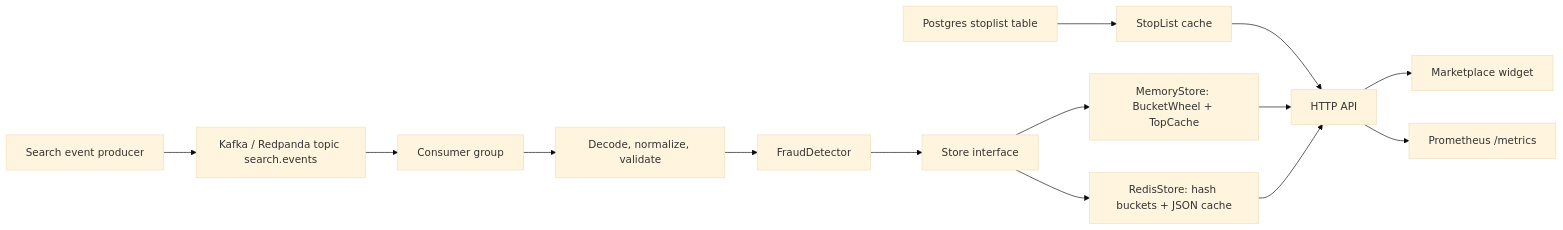
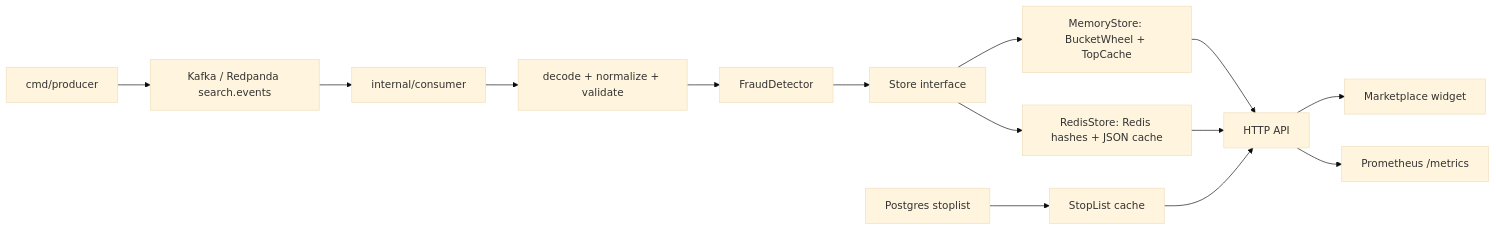
Before and after one commit to Sneypsleep90/trending-top-service: the diagram in README.md, drawn with Mermaid (base theme). The commit also changed other lines of this file, not shown here.

````diff
--- a/README.md
+++ b/README.md
@@ -28,16 +28,16 @@
 ```mermaid
 flowchart LR
-    Producer["Search event producer"] --> Kafka["Kafka / Redpanda topic search.events"]
-    Kafka --> Consumer["Consumer group"]
-    Consumer --> Decode["Decode, normalize, validate"]
+    Producer["cmd/producer"] --> Kafka["Kafka / Redpanda search.events"]
+    Kafka --> Consumer["internal/consumer"]
+    Consumer --> Decode["decode + normalize + validate"]
     Decode --> Fraud["FraudDetector"]
     Fraud --> Store["Store interface"]
     Store --> Memory["MemoryStore: BucketWheel + TopCache"]
-    Store --> Redis["RedisStore: hash buckets + JSON cache"]
-    Postgres["Postgres stoplist table"] --> StopList["StopList cache"]
-    StopList --> API["HTTP API"]
-    Memory --> API
+    Store --> Redis["RedisStore: Redis hashes + JSON cache"]
+    Postgres["Postgres stoplist"] --> StopList["StopList cache"]
+    Memory --> API["HTTP API"]
     Redis --> API
+    StopList --> API
     API --> Widget["Marketplace widget"]
-    API --> Prometheus["Prometheus /metrics"]
+    API --> Metrics["Prometheus /metrics"]
 ```
````
